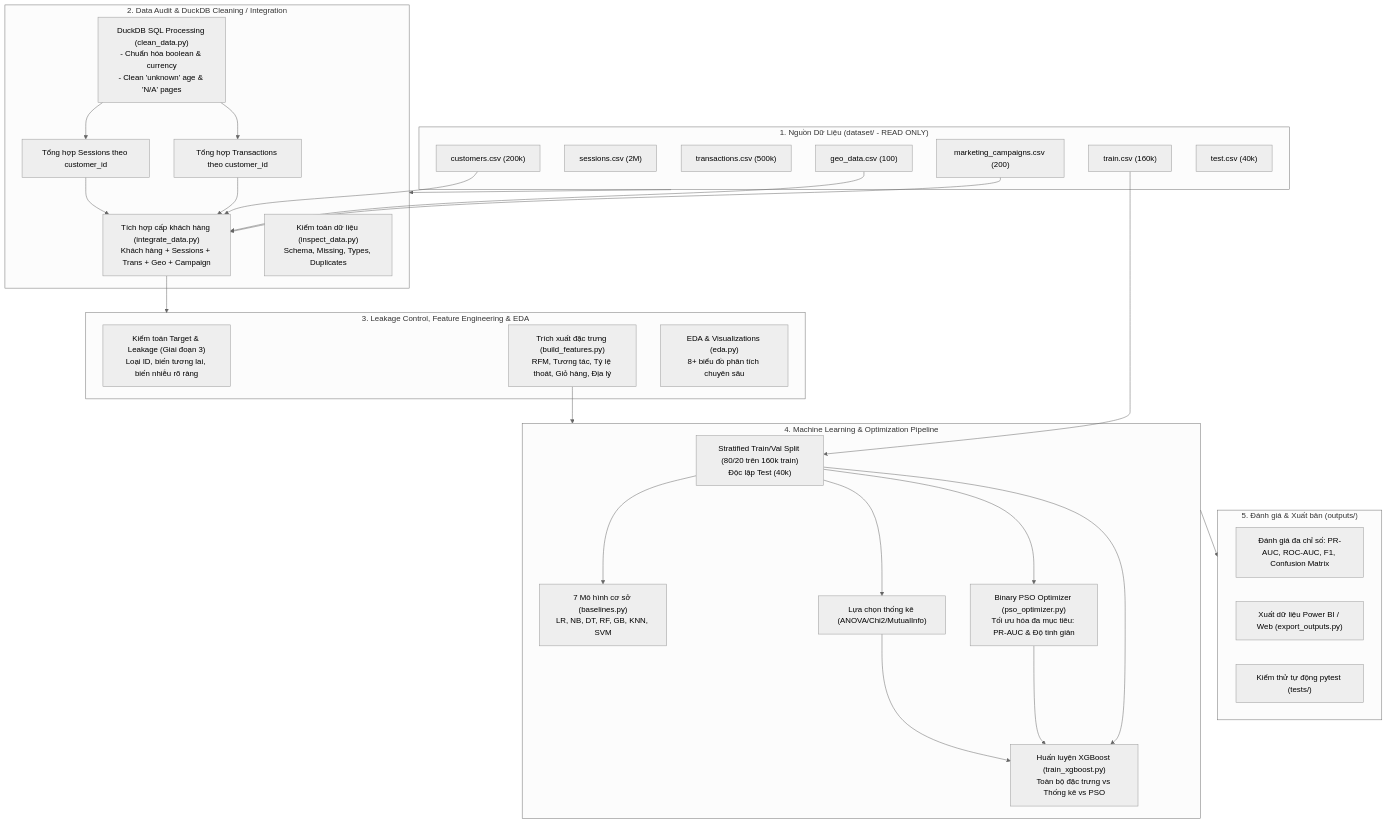
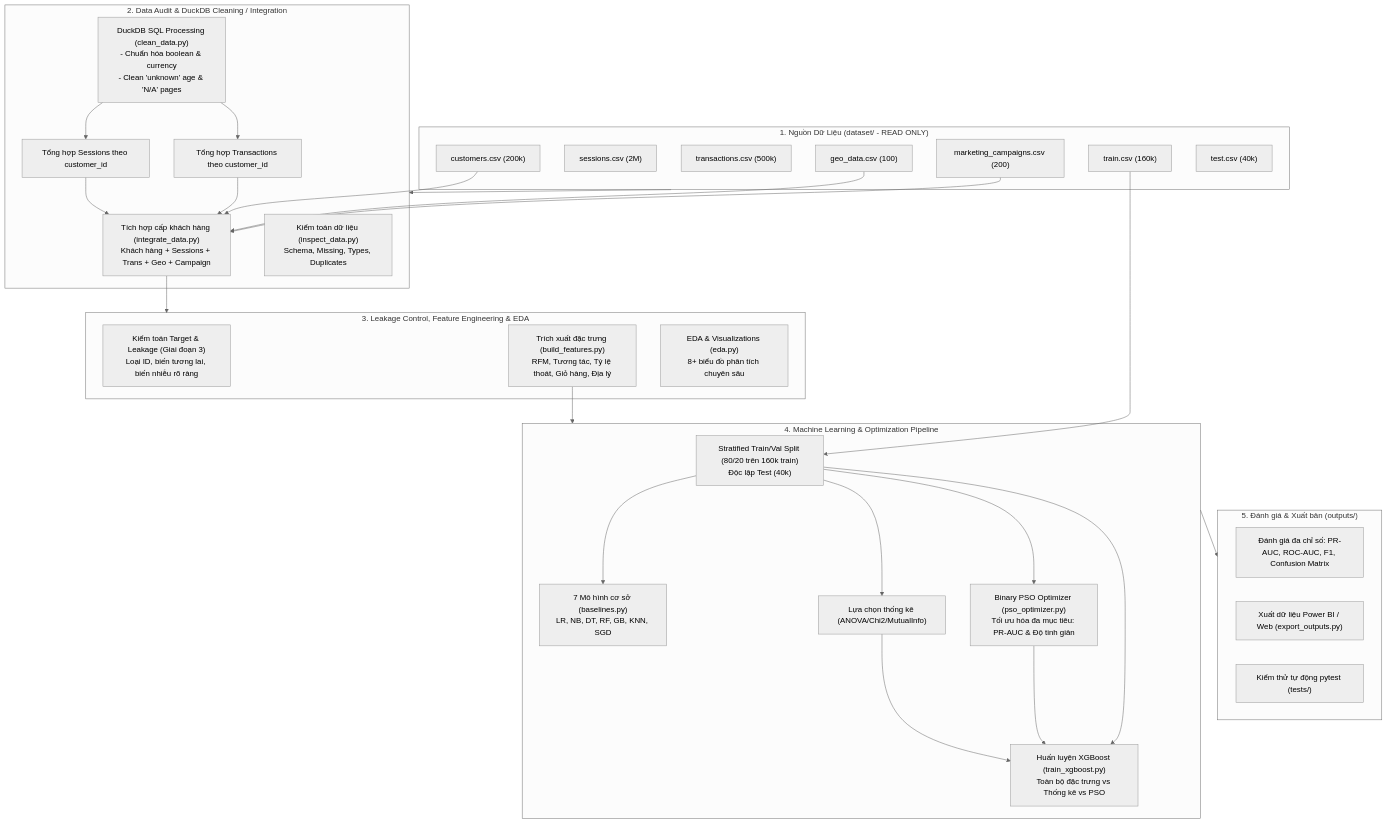
The diagram in docs/ARCHITECTURE.md (hayd6/Global), drawn with Mermaid (neutral theme) before and after one commit. The commit also changed 24 other files, not shown here.

````diff
--- a/docs/ARCHITECTURE.md
+++ b/docs/ARCHITECTURE.md
@@ -9,61 +9,61 @@
 ```mermaid
 flowchart TD
     subgraph DataSources["1. Nguồn Dữ Liệu (dataset/ - READ ONLY)"]
         Customers["customers.csv (200k)"]
         Sessions["sessions.csv (2M)"]
         Transactions["transactions.csv (500k)"]
         Geo["geo_data.csv (100)"]
         Campaigns["marketing_campaigns.csv (200)"]
         Train["train.csv (160k)"]
         Test["test.csv (40k)"]
     end
 
     subgraph Phase1_2["2. Data Audit & DuckDB Cleaning / Integration"]
         Audit["Kiểm toán dữ liệu (inspect_data.py)<br/>Schema, Missing, Types, Duplicates"]
         CleanDuckDB["DuckDB SQL Processing (clean_data.py)<br/>- Chuẩn hóa boolean & currency<br/>- Clean 'unknown' age & 'N/A' pages"]
         AggSessions["Tổng hợp Sessions theo customer_id"]
         AggTrans["Tổng hợp Transactions theo customer_id"]
         Integrate["Tích hợp cấp khách hàng (integrate_data.py)<br/>Khách hàng + Sessions + Trans + Geo + Campaign"]
     end
 
     subgraph Phase3_4["3. Leakage Control, Feature Engineering & EDA"]
         LeakageAudit["Kiểm toán Target & Leakage (Giai đoạn 3)<br/>Loại ID, biến tương lai, biến nhiễu rõ ràng"]
         FeatureEngine["Trích xuất đặc trưng (build_features.py)<br/>RFM, Tương tác, Tỷ lệ thoát, Giỏ hàng, Địa lý"]
         EDA["EDA & Visualizations (eda.py)<br/>8+ biểu đồ phân tích chuyên sâu"]
     end
 
     subgraph Phase5_8["4. Machine Learning & Optimization Pipeline"]
         Split["Stratified Train/Val Split (80/20 trên 160k train)<br/>Độc lập Test (40k)"]
-        Baselines["7 Mô hình cơ sở (baselines.py)<br/>LR, NB, DT, RF, GB, KNN, SVM"]
+        Baselines["7 Mô hình cơ sở (baselines.py)<br/>LR, NB, DT, RF, GB, KNN, SGD"]
         StatSelect["Lựa chọn thống kê (ANOVA/Chi2/MutualInfo)"]
         PSO["Binary PSO Optimizer (pso_optimizer.py)<br/>Tối ưu hóa đa mục tiêu: PR-AUC & Độ tinh giản"]
         XGB["Huấn luyện XGBoost (train_xgboost.py)<br/>Toàn bộ đặc trưng vs Thống kê vs PSO"]
     end
 
     subgraph Phase9_10["5. Đánh giá & Xuất bản (outputs/)"]
         Eval["Đánh giá đa chỉ số: PR-AUC, ROC-AUC, F1, Confusion Matrix"]
         ExportPowerBI["Xuất dữ liệu Power BI / Web (export_outputs.py)"]
         Tests["Kiểm thử tự động pytest (tests/)"]
     end
 
     DataSources --> Phase1_2
     CleanDuckDB --> AggSessions
     CleanDuckDB --> AggTrans
     Customers --> Integrate
     AggSessions --> Integrate
     AggTrans --> Integrate
     Geo --> Integrate
     Campaigns --> Integrate
 
     Integrate --> Phase3_4
     FeatureEngine --> Phase5_8
     Train --> Split
     Split --> Baselines
     Split --> StatSelect
     Split --> PSO
     PSO --> XGB
     StatSelect --> XGB
     Split --> XGB
 
     Phase5_8 --> Phase9_10
 ```
````
